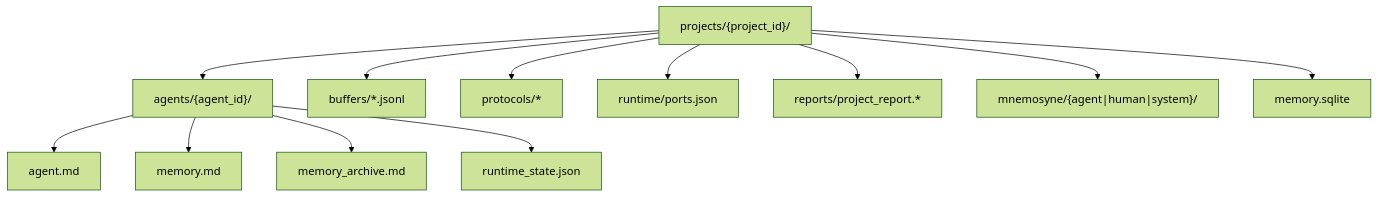
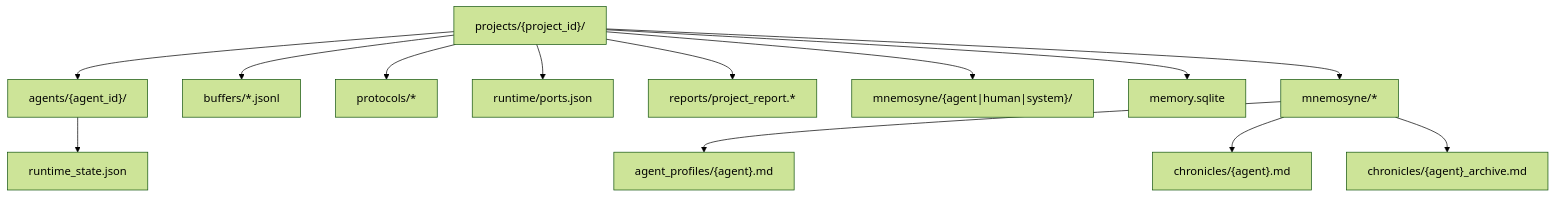
Before and after one commit to Lands54/Pantheon: diagram 14 of 26 in docs/ARCHITECTURE_MERMAID.md, drawn with Mermaid (forest theme). The commit also changed other lines of this file and 89 other files, not shown here.

Commit message:
refactor: remove compatibility tracks and align docs to single-track architecture

````diff
--- a/docs/ARCHITECTURE_MERMAID.md
+++ b/docs/ARCHITECTURE_MERMAID.md
@@ -215,15 +215,16 @@
 ```mermaid
 flowchart TB
     Root["projects/{project_id}/"] --> Agents["agents/{agent_id}/"]
     Root --> Buffers["buffers/*.jsonl"]
     Root --> Protocols["protocols/*"]
     Root --> Runtime["runtime/ports.json"]
     Root --> Reports["reports/project_report.*"]
     Root --> Mnemo["mnemosyne/{agent|human|system}/"]
     Root --> SQL["memory.sqlite"]
 
-    Agents --> A1["agent.md"]
-    Agents --> A2["memory.md"]
-    Agents --> A3["memory_archive.md"]
+    Root --> Mn["mnemosyne/*"]
+    Mn --> A1["agent_profiles/{agent}.md"]
+    Mn --> A2["chronicles/{agent}.md"]
+    Mn --> A3["chronicles/{agent}_archive.md"]
     Agents --> A4["runtime_state.json"]
 ```
````
